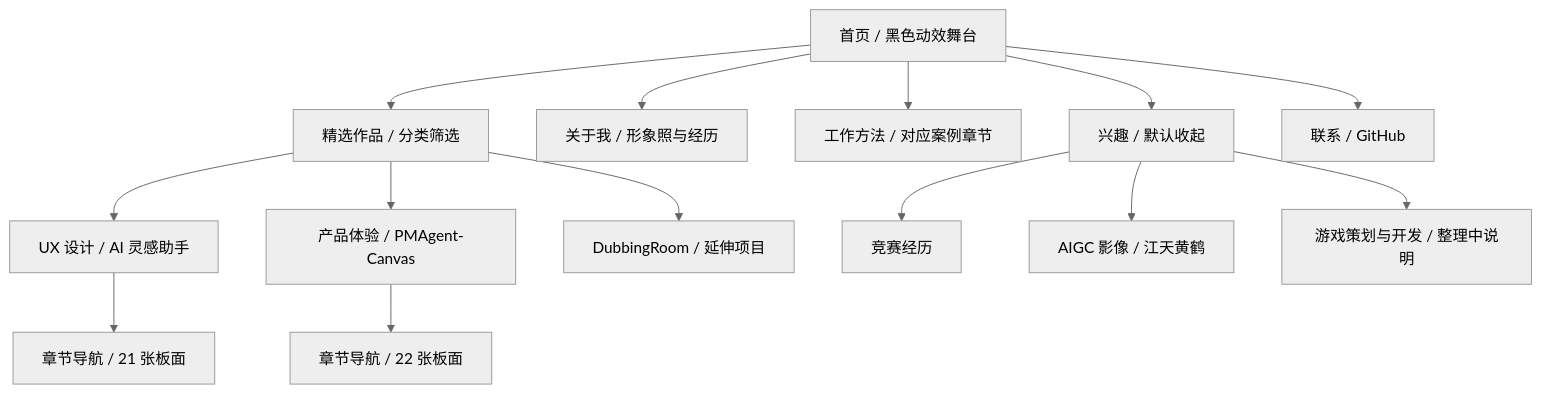
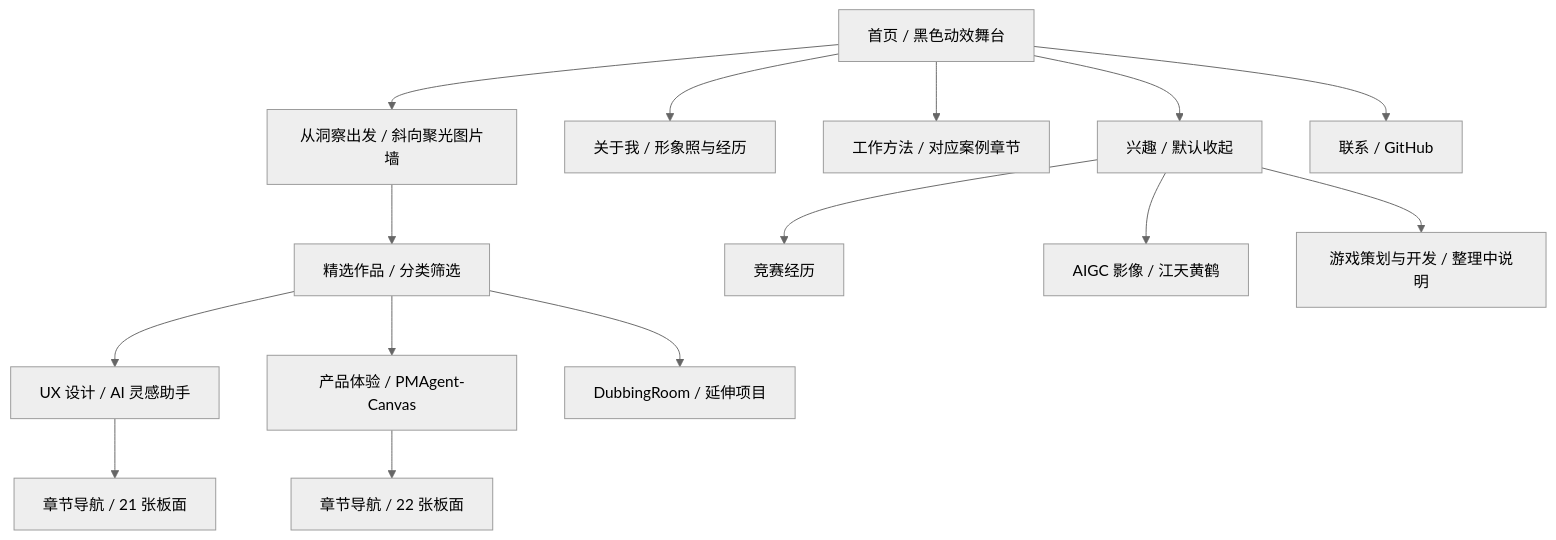
The diagram in docs/04-implementation.md (Aoye-3/VincentYang-portfolio), drawn with Mermaid (neutral theme) before and after one commit. The commit also changed other lines of this file and 27 other files, not shown here.

````diff
--- a/docs/04-implementation.md
+++ b/docs/04-implementation.md
@@ -7,16 +7,17 @@
 ```mermaid
 flowchart TD
-  H[首页 / 黑色动效舞台] --> W[精选作品 / 分类筛选]
+  H[首页 / 黑色动效舞台] --> E[从洞察出发 / 斜向聚光图片墙]
+  E --> W[精选作品 / 分类筛选]
   W --> U[UX 设计 / AI 灵感助手]
   W --> P[产品体验 / PMAgent-Canvas]
   W --> D[DubbingRoom / 延伸项目]
   H --> A[关于我 / 形象照与经历]
   H --> M[工作方法 / 对应案例章节]
   H --> I[兴趣 / 默认收起]
   I --> C[竞赛经历]
   I --> F[AIGC 影像 / 江天黄鹤]
   I --> G[游戏策划与开发 / 整理中说明]
   H --> T[联系 / GitHub]
   U --> R[章节导航 / 21 张板面]
   P --> S[章节导航 / 22 张板面]
 ```
````
